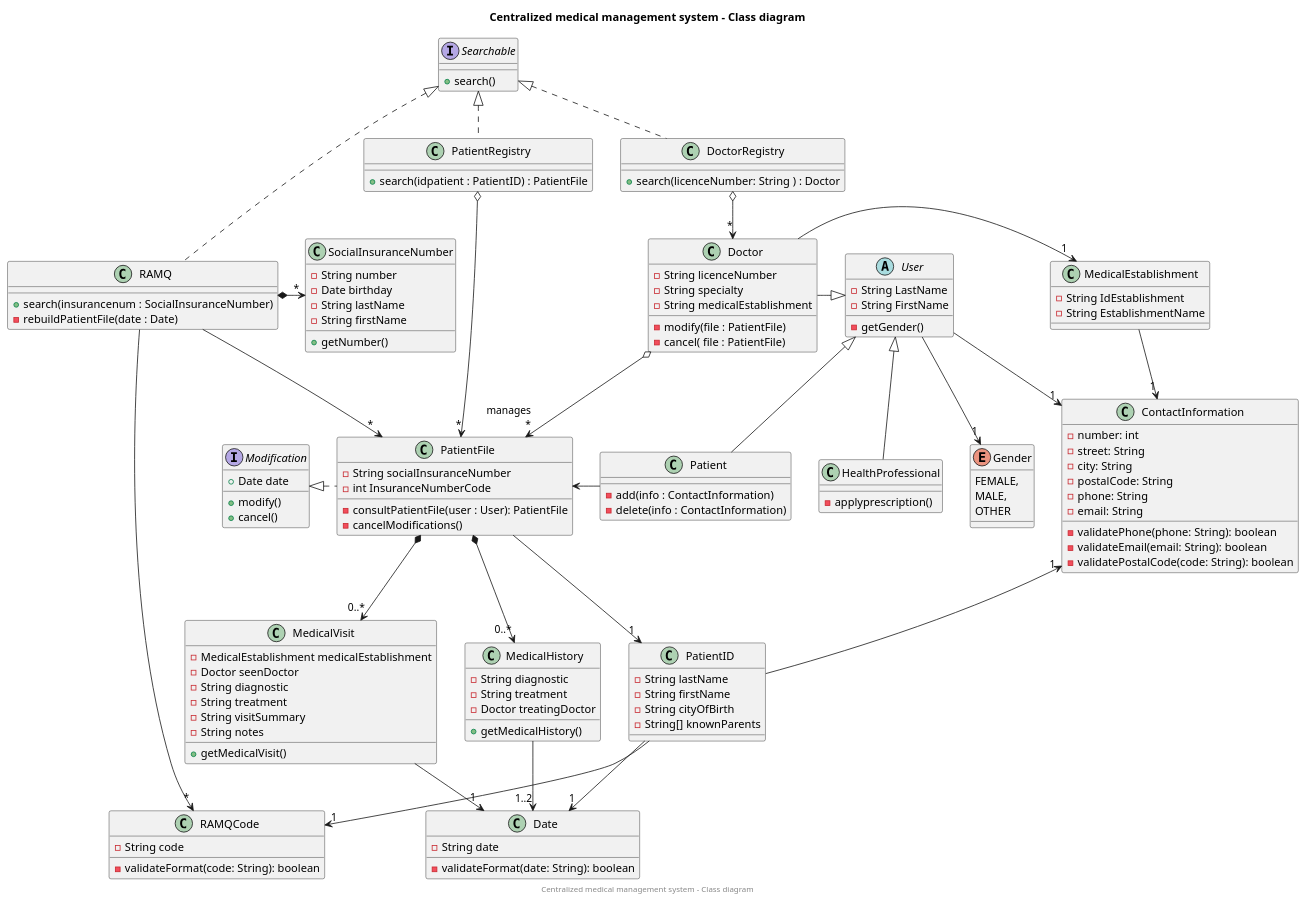
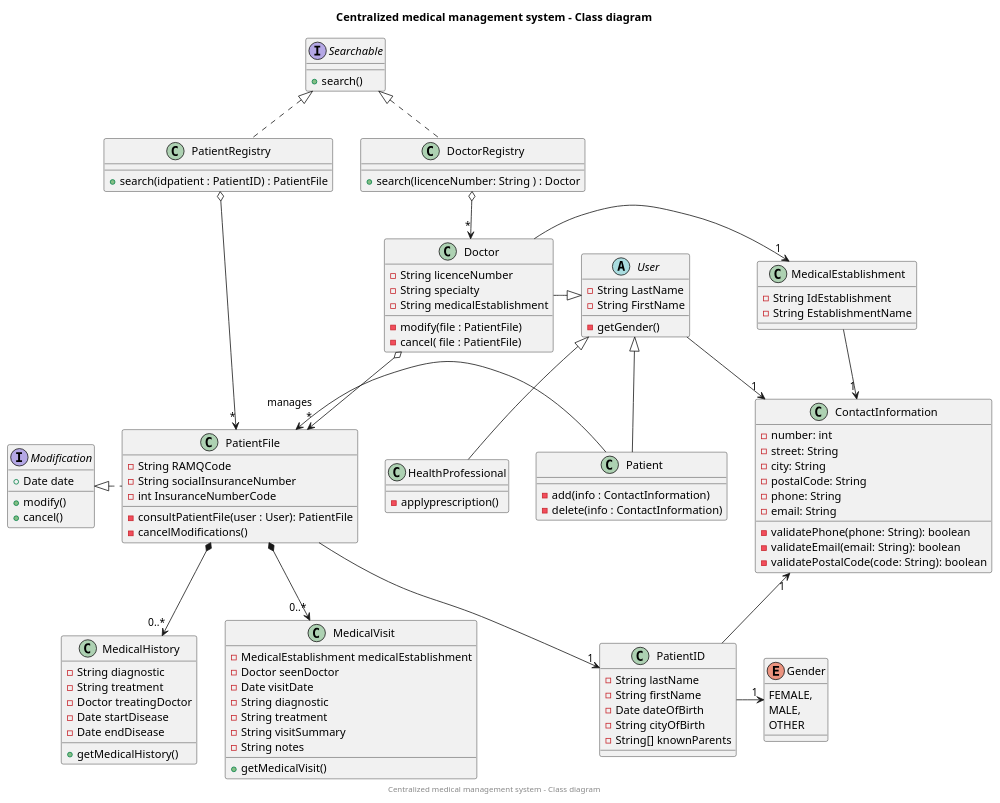
One commit to AmineSdi/PROJET_JAVAFX changed the diagram in Models/plantuml/class.puml. Above: the diagram before and after it, drawn with PlantUML.

Commit message:
Supprime des classes en lien avec la RAMQ et Date
Supprime la classe SocialInsuranceNumber
Met RAMQCode en tant que String dans PatientFIle
Lie PatientID avec Gender au lieu de User

```diff
--- a/Models/plantuml/class.puml
+++ b/Models/plantuml/class.puml
@@ -1,182 +1,160 @@
 @startuml
 title Centralized medical management system - Class diagram
 center footer Centralized medical management system - Class diagram
 
 ' TODO : Methods for each class.
 ' TODO : Add responsibilities? interfaces?
 ' TODO : clean up
 
 class PatientRegistry {
 + search(idpatient : PatientID) : PatientFile
 }
 PatientRegistry o-> "*" PatientFile
 
 interface Searchable {
 + search()
 }
 Searchable <|.. DoctorRegistry
 Searchable <|.. PatientRegistry
 
 class DoctorRegistry {
 + search(licenceNumber: String ) : Doctor
 }
 DoctorRegistry o--> "*" Doctor
 
 class PatientFile{
+     -String RAMQCode
      -String socialInsuranceNumber
      -int InsuranceNumberCode
 '    -PatientID patientID
 '    -MedicalVisits[] medicalVisits
 '    -MedicalHistory[] medicalHistory
 
     'PRIVATE METHODS
     - consultPatientFile(user : User): PatientFile
     - cancelModifications()
 }
 
 abstract class User{
 - String LastName
 - String FirstName
 {method} - getGender()
 }
 
-class RAMQ {
-{method} +search(insurancenum : SocialInsuranceNumber)
-- rebuildPatientFile(date : Date)
 
-}
 
-class SocialInsuranceNumber {
-- String number
-- Date birthday
-- String lastName
-- String firstName
-{method} + getNumber()
-}
-
-RAMQ *->"*" SocialInsuranceNumber
-Searchable <|... RAMQ
-RAMQ ->"*" RAMQCode
-RAMQ -->"*"PatientFile
 
 class Patient{
 {method}- add(info : ContactInformation)
 -delete(info : ContactInformation)
 }
 PatientFile <- Patient
 
 User <|-- Patient
 User -->"1" ContactInformation
 
 
 class HealthProfessional{
 {method} - applyprescription()
 }
 
 User <|-- HealthProfessional
 
 class MedicalEstablishment{
 
 - String IdEstablishment
 - String EstablishmentName
 
 }
 MedicalEstablishment ->"1" ContactInformation
 Doctor ->"1" MedicalEstablishment
 
 class MedicalHistory{
     -String diagnostic
     -String treatment
     -Doctor treatingDoctor
-'    -DatePair datePair
+    -Date startDisease
+    -Date endDisease
+'   -DatePair datePair
 {method} + getMedicalHistory()
 }
 
 class MedicalVisit{
     -MedicalEstablishment medicalEstablishment
     -Doctor seenDoctor
-'   -Date visitDate
+    -Date visitDate
     -String diagnostic
     -String treatment
     -String visitSummary
     -String notes
 {method} +getMedicalVisit()
 }
 
 class Doctor{
     -String licenceNumber
     -String specialty
     -String medicalEstablishment
 {method}-modify(file : PatientFile)
 -cancel( file : PatientFile)
 
 }
 
 class PatientID {
     -String lastName
     -String firstName
-'    -Date dateOfBirth
+    -Date dateOfBirth
     -String cityOfBirth
     -String[] knownParents
 }
 
 class ContactInformation {
     - number: int
     - street: String
     - city: String
     - postalCode: String
     - phone: String
     - email: String
 '    + modifyContactInfo()
     - validatePhone(phone: String): boolean
     - validateEmail(email: String): boolean
     - validatePostalCode(code: String): boolean
 }
 
 'class Interface{
 '}
 
-class RAMQCode{
-- String code
-{method}-validateFormat(code: String): boolean
-}
 
-class Date{
-    -String date
-    -validateFormat(date: String): boolean
-}
 
 interface Modification {
 + Date date
 {method}+modify()
 + cancel()
 
 }
 Modification <|. PatientFile
 
 enum Gender{
     FEMALE,
     MALE,
     OTHER
 }
 
 'Interface -- Doctor
 'Interface -- PatientFile
 
 Doctor o--> "manages\r*" PatientFile
 Doctor -|> User
 
 PatientFile --> "1" PatientID
 PatientFile *--> "0..*" MedicalHistory
 PatientFile *--> "0..*" MedicalVisit
 
-PatientID --> "1" Date
-PatientID --> "1" RAMQCode
-User --> "1" Gender
+
+
+PatientID -> "1" Gender
 
 ContactInformation "1" <- PatientID
 
-MedicalHistory --> "1..2" Date
-MedicalVisit --> "1" Date
+
 
 @enduml
```
